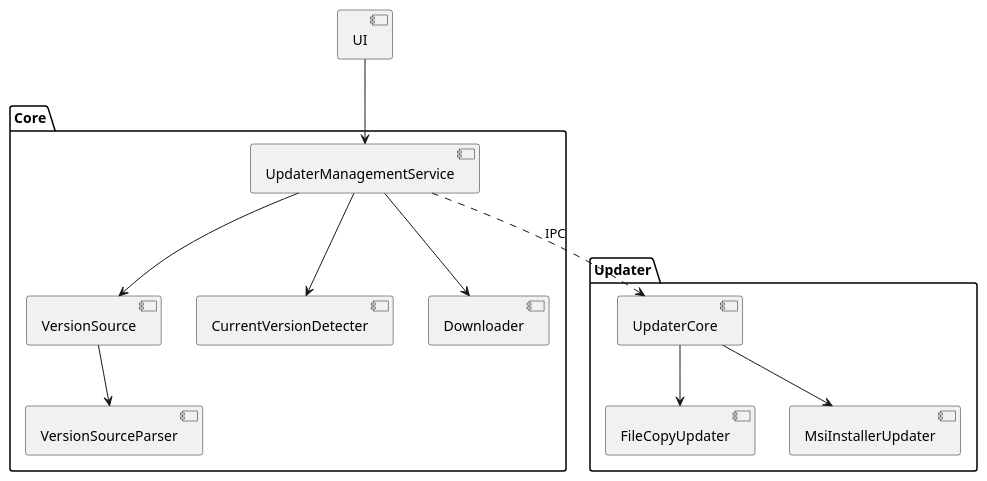
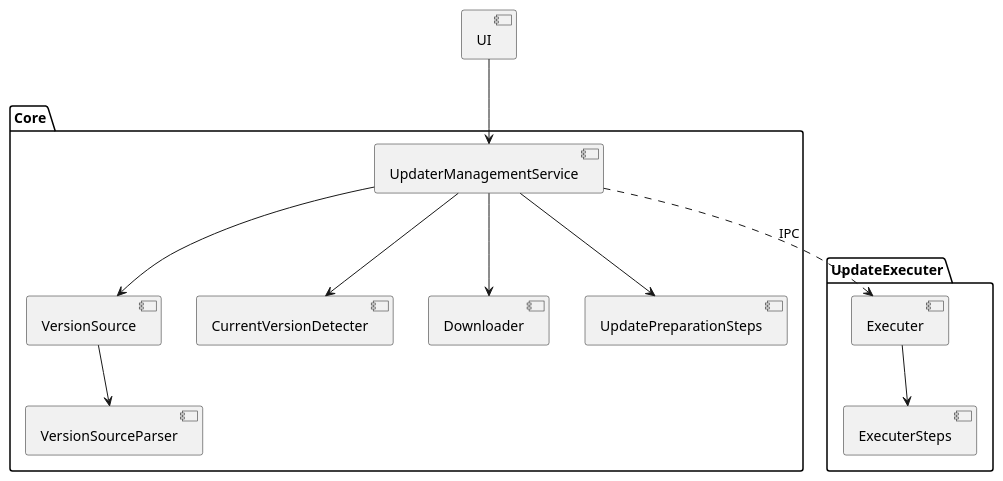
Before and after one commit to jasase/autoupdate.net: the diagram in doc/diagrams/architecture.md, drawn with PlantUML. The commit also changed 2 other files, not shown here.

Commit message:
Added steps to documentation

```diff
--- a/doc/diagrams/architecture.md
+++ b/doc/diagrams/architecture.md
@@ -1,44 +1,44 @@
 @startuml
 
 package "Core" {
     component [VersionSource]
     component [CurrentVersionDetecter]
     component [Downloader]   
     component [VersionSourceParser] 
     component [UpdaterManagementService] as Facade    
+    component [UpdatePreparationSteps] 
 }
 
-package "Updater" {
-    component [UpdaterCore]
-    component [FileCopyUpdater]
-    component [MsiInstallerUpdater]
+package "UpdateExecuter" {
+    component [Executer]
+    component [ExecuterSteps]    
 }
 
-[UpdaterCore] --> [FileCopyUpdater]
-[UpdaterCore] --> [MsiInstallerUpdater]
+[Executer] --> [ExecuterSteps]
 
-[Facade] ..> [UpdaterCore] : IPC
+[Facade] ..> [Executer] : IPC
 
 [Facade] --> [VersionSource]
 [Facade] --> [Downloader]
+[Facade] --> [UpdatePreparationSteps]
 
 [VersionSource] --> [VersionSourceParser]
 [Facade] --> [CurrentVersionDetecter]
 
 component [UI]
 [UI] --> [Facade]
 
 
 
 
 
 
 
 
 
 
 
 
 
 
 @enduml
```
